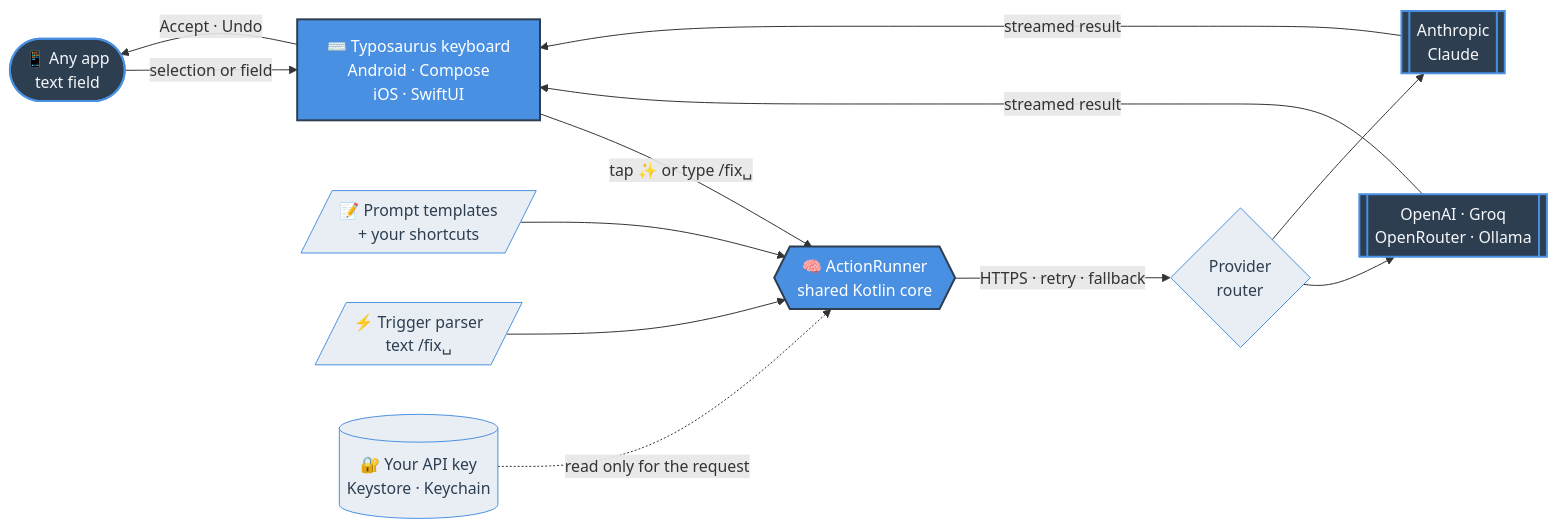
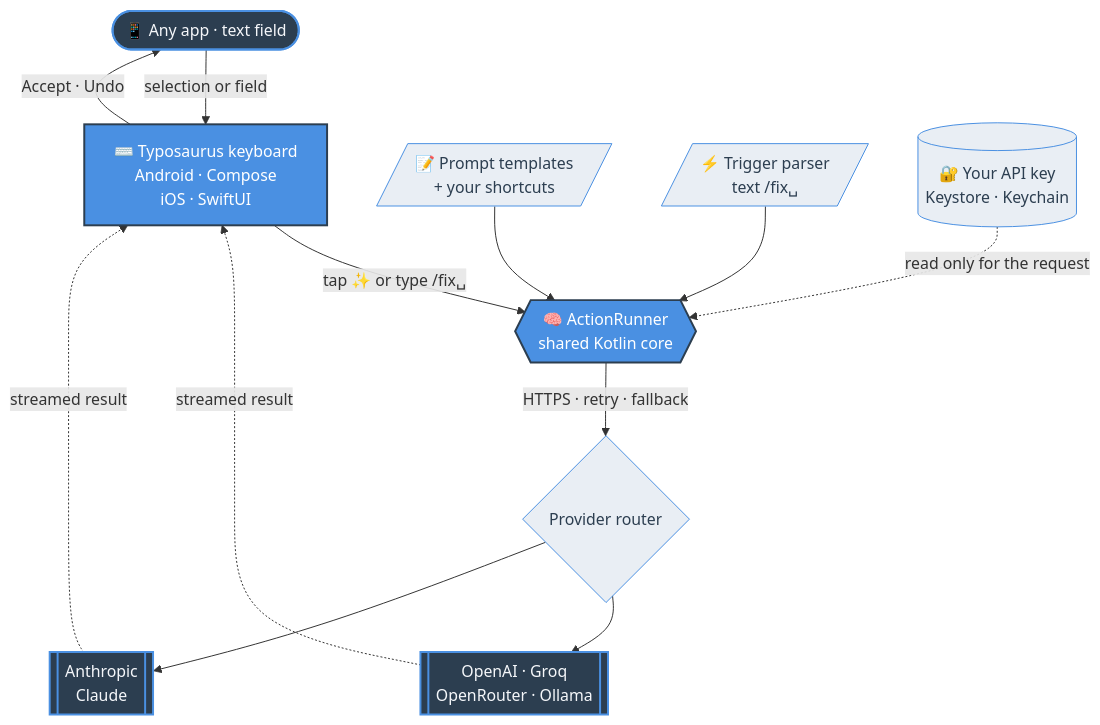
The diagram in README.md (Akash-Gunasekar/typosaurus), drawn with Mermaid before and after one commit.

Commit message:
README: top-to-bottom How it works diagram so it fits GitHub's width

````diff
--- a/README.md
+++ b/README.md
@@ -100,31 +100,31 @@
 ```mermaid
-flowchart LR
-    app(["📱 Any app<br/>text field"])
+flowchart TB
+    app(["📱 Any app · text field"])
     kb["⌨️ Typosaurus keyboard<br/>Android · Compose<br/>iOS · SwiftUI"]
-    runner{{"🧠 ActionRunner<br/>shared Kotlin core"}}
     prompts[/"📝 Prompt templates<br/>+ your shortcuts"/]
     trig[/"⚡ Trigger parser<br/>text /fix␣"/]
     keys[("🔐 Your API key<br/>Keystore · Keychain")]
-    route{"Provider<br/>router"}
+    runner{{"🧠 ActionRunner<br/>shared Kotlin core"}}
+    route{"Provider router"}
     oa[["OpenAI · Groq<br/>OpenRouter · Ollama"]]
     an[["Anthropic<br/>Claude"]]
 
     app -- "selection or field" --> kb
     kb -- "tap ✨ or type /fix␣" --> runner
     prompts --> runner
     trig --> runner
     keys -. "read only for the request" .-> runner
     runner -- "HTTPS · retry · fallback" --> route
     route --> oa
     route --> an
-    oa -- "streamed result" --> kb
-    an -- "streamed result" --> kb
+    oa -. "streamed result" .-> kb
+    an -. "streamed result" .-> kb
     kb -- "Accept · Undo" --> app
 
     classDef ink fill:#2C3E50,stroke:#4A90E2,color:#F5F7FA,stroke-width:2px
     classDef blue fill:#4A90E2,stroke:#2C3E50,color:#FFFFFF,stroke-width:2px
     classDef soft fill:#E9EEF4,stroke:#4A90E2,color:#2C3E50
     class app,oa,an ink
     class kb,runner blue
     class prompts,trig,keys,route soft
 ```
````
